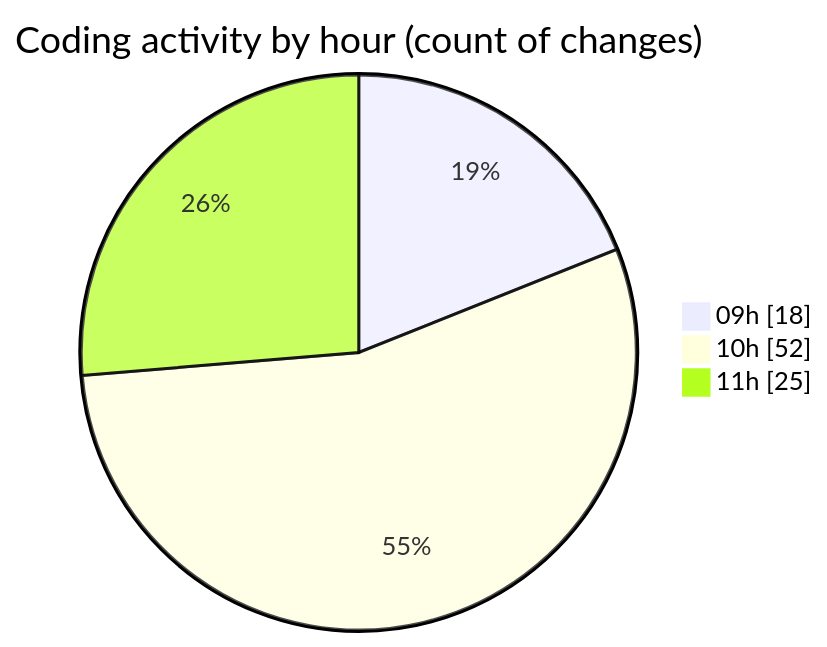
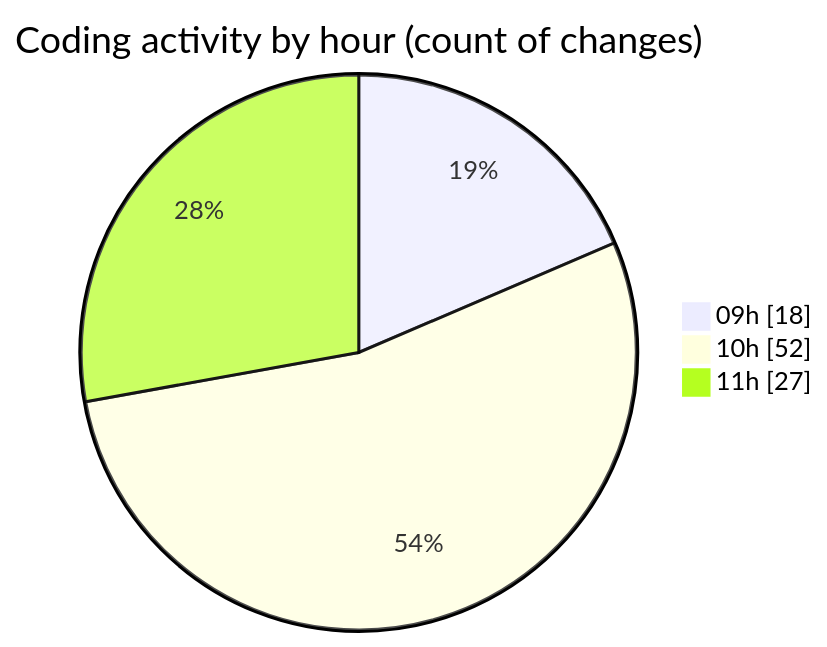
The second of 2 diagrams in 2025-03-21/cda/README.md (momahboobian/code-tracking), drawn with Mermaid before and after one commit. The commit also changed other lines of this file and 1 other file, not shown here.

````diff
--- a/2025-03-21/cda/README.md
+++ b/2025-03-21/cda/README.md
@@ -38,7 +38,7 @@
 ```mermaid
 pie showData
 title Coding activity by hour (count of changes)
 "09h" : 18
 "10h" : 52
-"11h" : 25
+"11h" : 27
 ```
````
